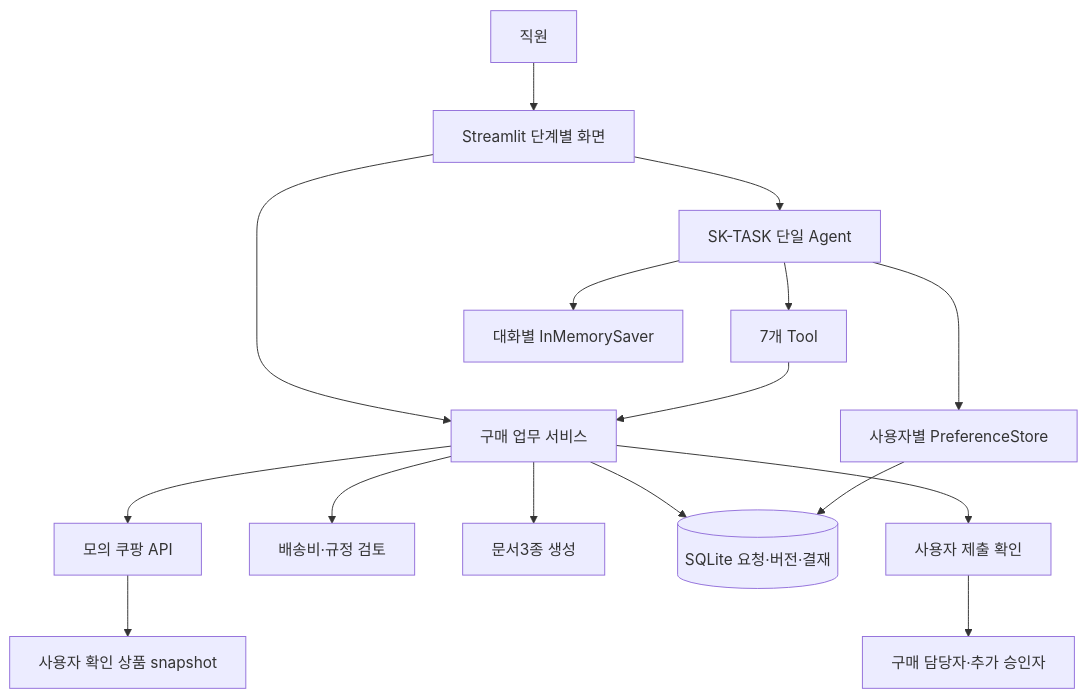
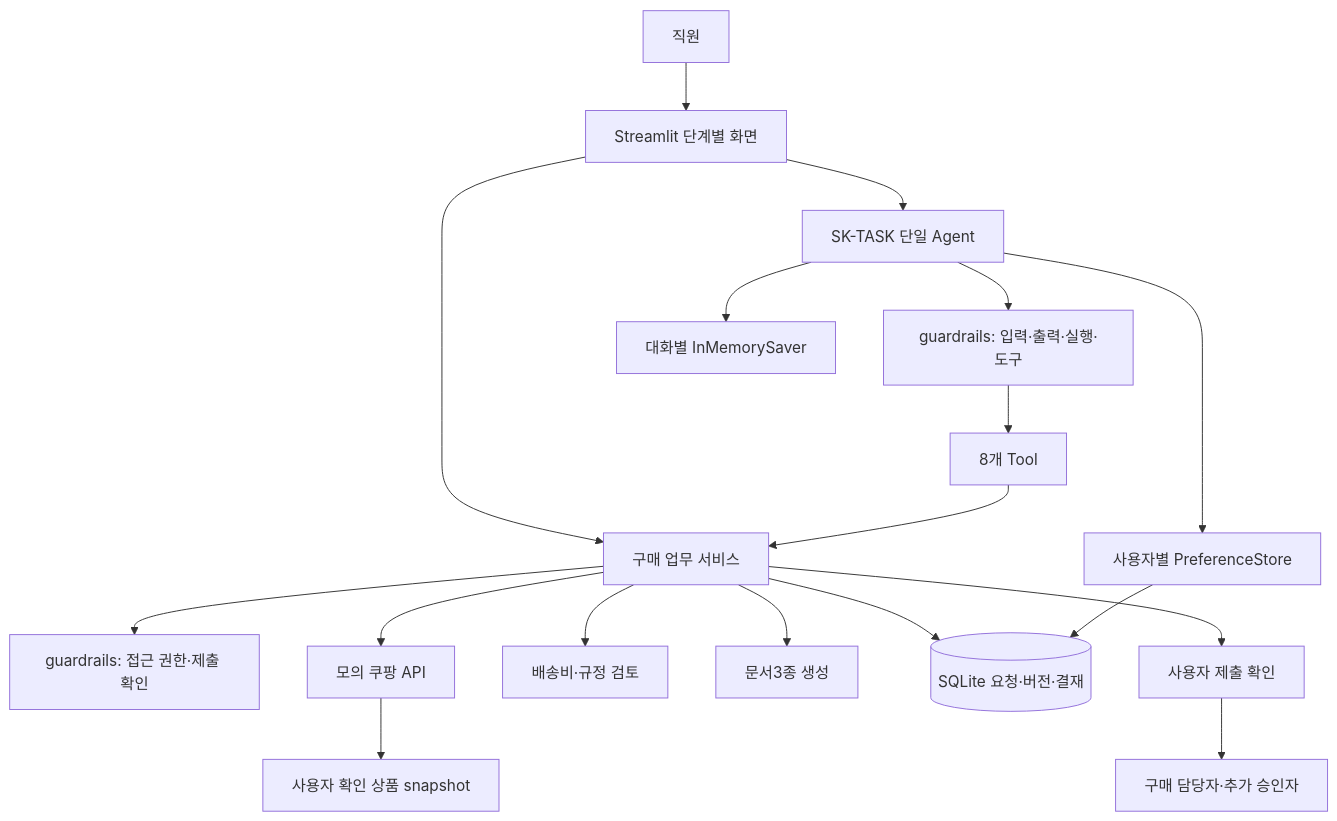
Before and after one commit to pbjuni1007-cmyk/sk-task: the diagram in docs/AGENT_DESIGN.md, drawn with Mermaid. The commit also changed other lines of this file and 32 other files, not shown here.

````diff
--- a/docs/AGENT_DESIGN.md
+++ b/docs/AGENT_DESIGN.md
@@ -56,18 +56,20 @@
 ```mermaid
 flowchart TD
  U[직원] --> UI[Streamlit 단계별 화면]
  UI --> A[SK-TASK 단일 Agent]
- A --> T[7개 Tool]
+ A --> G[guardrails: 입력·출력·실행·도구]
+ G --> T[8개 Tool]
+ S --> SG[guardrails: 접근 권한·제출 확인]
  UI --> S[구매 업무 서비스]
  T --> S
  S --> C[모의 쿠팡 API]
  C --> F[사용자 확인 상품 snapshot]
  S --> P[배송비·규정 검토]
  S --> D[문서3종 생성]
  S --> DB[(SQLite 요청·버전·결재)]
  A --> M[대화별 InMemorySaver]
  A --> ST[사용자별 PreferenceStore]
  ST --> DB
  S --> H[사용자 제출 확인]
  H --> B[구매 담당자·추가 승인자]
 ```
````
